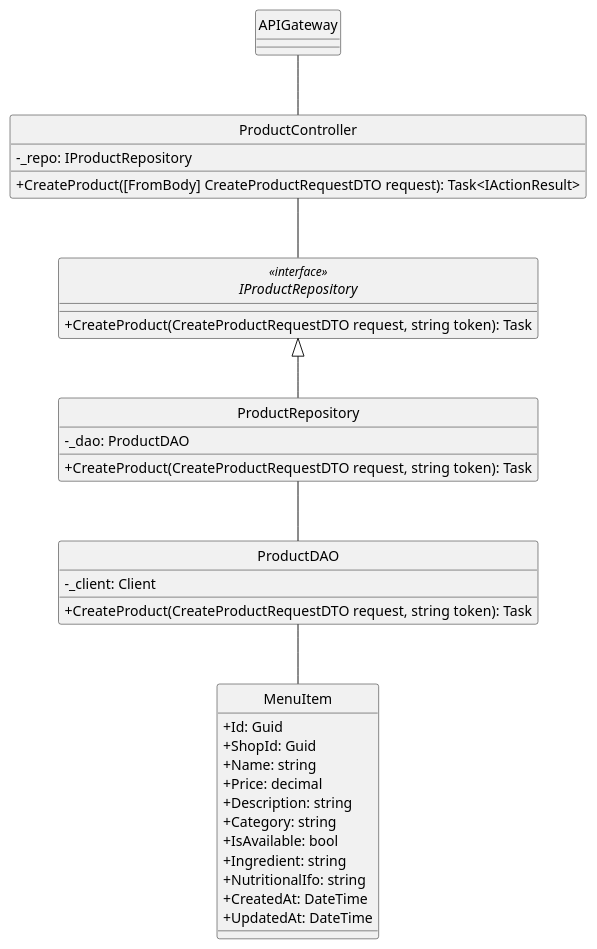
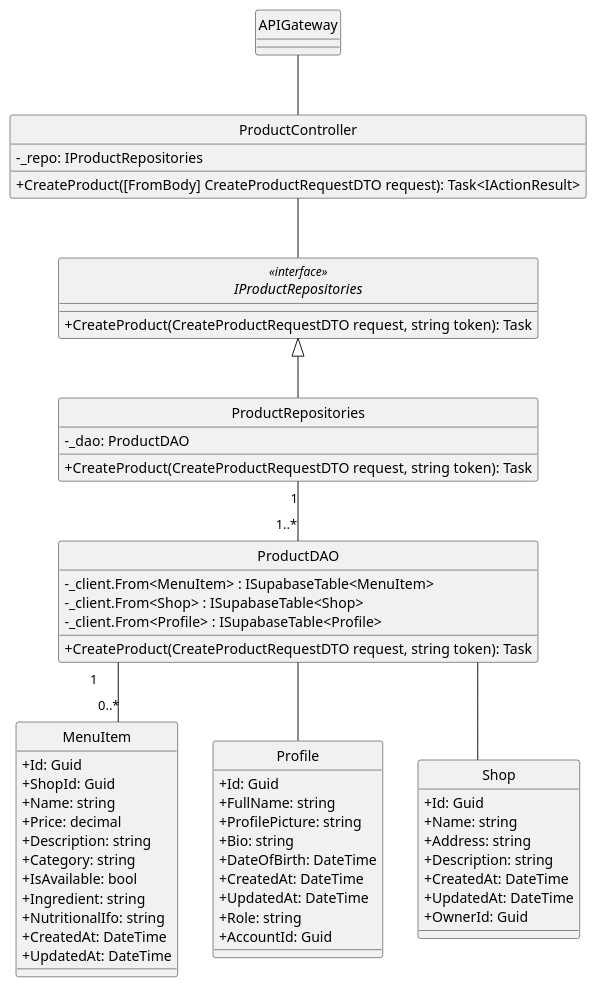
The diagram in docs/ClassDiagram/Product/CreateProduct.plantuml (minhnhut23/FPT-OBOMS), drawn with PlantUML before and after one commit.

```diff
--- a/docs/ClassDiagram/Product/CreateProduct.plantuml
+++ b/docs/ClassDiagram/Product/CreateProduct.plantuml
@@ -1,48 +1,74 @@
 @startuml
 hide circle
 skinparam classAttributeIconSize 0
 skinparam linetype ortho
 
 class APIGateway {
 }
 
 class ProductController {
-    - _repo: IProductRepository
+    - _repo: IProductRepositories
     + CreateProduct([FromBody] CreateProductRequestDTO request): Task<IActionResult>
 }
 
-interface IProductRepository<<interface>> {
+interface IProductRepositories<<interface>> {
     + CreateProduct(CreateProductRequestDTO request, string token): Task
 }
 
-class ProductRepository {
+class ProductRepositories {
     - _dao: ProductDAO
     + CreateProduct(CreateProductRequestDTO request, string token): Task
 }
 
 class ProductDAO {
-    - _client: Client
+    - _client.From<MenuItem> : ISupabaseTable<MenuItem>
+    - _client.From<Shop> : ISupabaseTable<Shop>
+    - _client.From<Profile> : ISupabaseTable<Profile>
     + CreateProduct(CreateProductRequestDTO request, string token): Task
 }
 
 class MenuItem {
     + Id: Guid
     + ShopId: Guid
     + Name: string
     + Price: decimal
     + Description: string
     + Category: string
     + IsAvailable: bool
     + Ingredient: string
     + NutritionalIfo: string
     + CreatedAt: DateTime
     + UpdatedAt: DateTime
 }
 
+class Profile {
+    + Id: Guid
+    + FullName: string
+    + ProfilePicture: string
+    + Bio: string
+    + DateOfBirth: DateTime
+    + CreatedAt: DateTime
+    + UpdatedAt: DateTime
+    + Role: string
+    + AccountId: Guid
+}
+
+class Shop {
+    + Id: Guid
+    + Name: string
+    + Address: string
+    + Description: string
+    + CreatedAt: DateTime
+    + UpdatedAt: DateTime
+    + OwnerId: Guid
+}
+
 APIGateway -- ProductController
-ProductController -- IProductRepository 
-IProductRepository <|-- ProductRepository
-ProductRepository -- ProductDAO
-ProductDAO -- MenuItem
+ProductController -- IProductRepositories 
+IProductRepositories <|-- ProductRepositories
+ProductRepositories "1"--"1..*" ProductDAO
+ProductDAO "1" -- "0..*" MenuItem
+ProductDAO -- Shop
+ProductDAO  --  Profile
 
 @enduml
```
